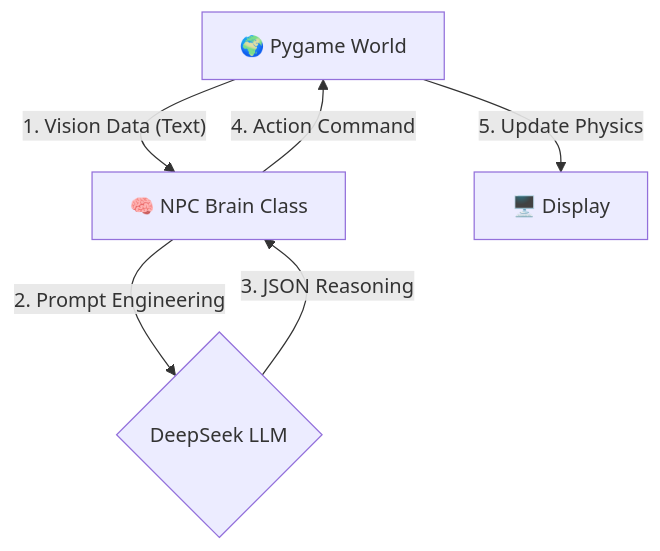
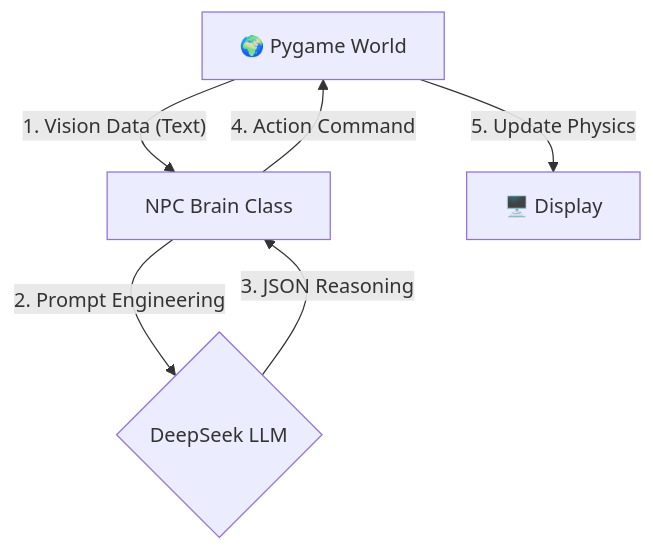
Before and after one commit to shehryar1212/Ai-NPC-Survival-Agent: the diagram in README.md, drawn with Mermaid. The commit also changed other lines of this file, not shown here.

Commit message:
Fix formatting in README.md headings and text

````diff
--- a/README.md
+++ b/README.md
@@ -18,8 +18,8 @@
 ```mermaid
 graph TD
-    World[🌍 Pygame World] -- "1. Vision Data (Text)" --> Brain[🧠 NPC Brain Class]
+    World[🌍 Pygame World] -- "1. Vision Data (Text)" --> Brain[ NPC Brain Class]
     Brain -- "2. Prompt Engineering" --> LLM{DeepSeek LLM}
     LLM -- "3. JSON Reasoning" --> Brain
     Brain -- "4. Action Command" --> World
     World -- "5. Update Physics" --> Screen[🖥️ Display]
 ```
````
